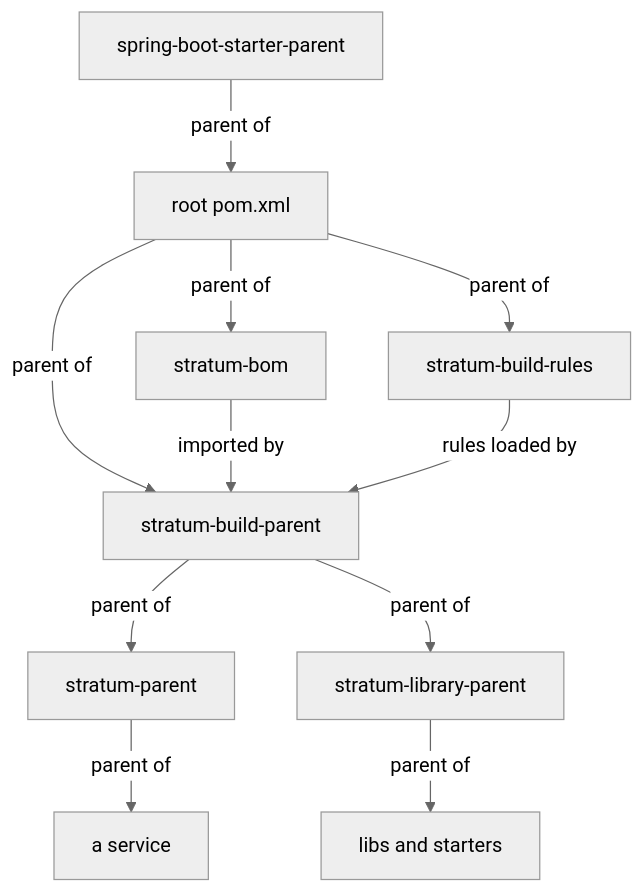
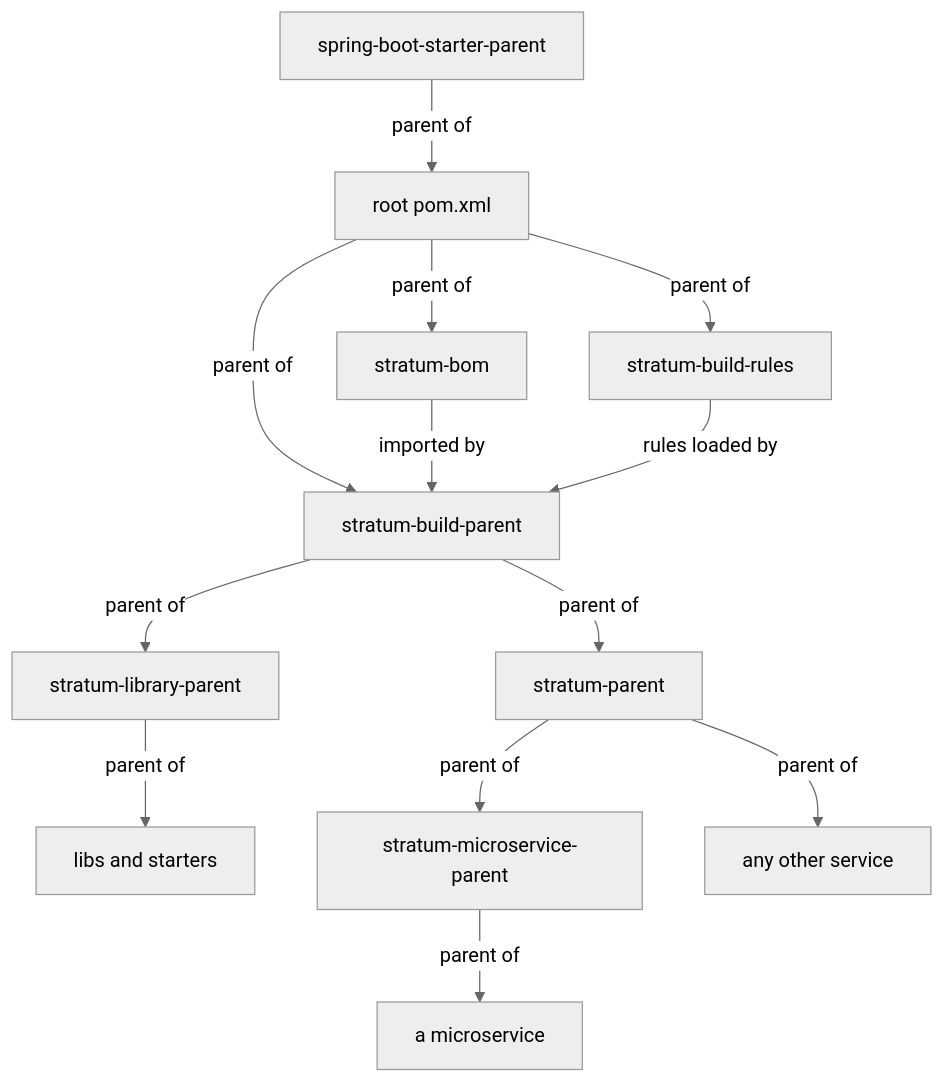
The first of 2 diagrams in docs/guides/architecture.md (exepex/stratum), drawn with Mermaid (neutral theme) before and after one commit. The commit also changed other lines of this file and 15 other files, not shown here.

First line of the commit message:
Add stratum-microservice-parent, a parent that brings the microservice bundle

````diff
--- a/docs/guides/architecture.md
+++ b/docs/guides/architecture.md
@@ -88,13 +89,15 @@
 ```mermaid
 flowchart TD
     SB[spring-boot-starter-parent] -->|parent of| ROOT[root pom.xml]
     ROOT -->|parent of| BP[stratum-build-parent]
     BOM[stratum-bom] -->|imported by| BP
     BR[stratum-build-rules] -->|rules loaded by| BP
     BP -->|parent of| SP[stratum-parent]
     BP -->|parent of| LP[stratum-library-parent]
     LP -->|parent of| LIBS[libs and starters]
-    SP -->|parent of| SVC[a service]
+    SP -->|parent of| MP[stratum-microservice-parent]
+    MP -->|parent of| MSVC[a microservice]
+    SP -->|parent of| SVC[any other service]
     ROOT -->|parent of| BOM
     ROOT -->|parent of| BR
 ```
````
